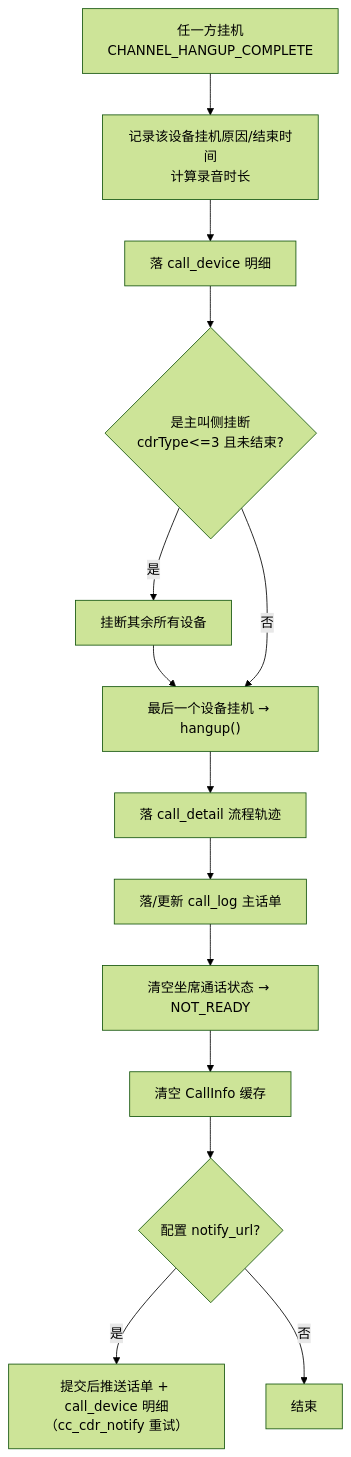
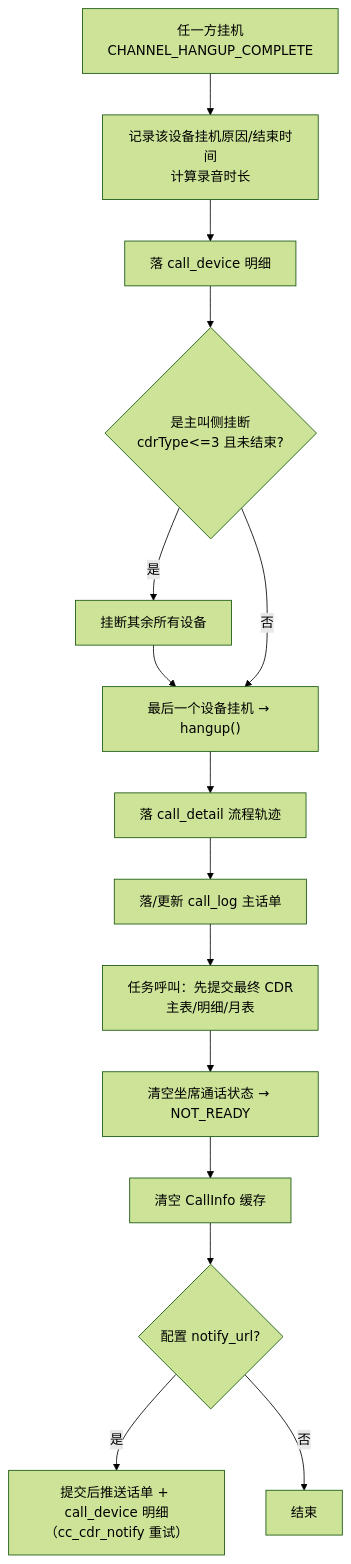
Before and after one commit to dongjb741280/ai-call-center: the eighth of 9 diagrams in docs/02-业务流程.md, drawn with Mermaid (forest theme). The commit also changed other lines of this file and 65 other files, not shown here.

````diff
--- a/docs/02-业务流程.md
+++ b/docs/02-业务流程.md
@@ -289,16 +289,17 @@
 ```mermaid
 flowchart TD
     A[任一方挂机<br/>CHANNEL_HANGUP_COMPLETE] --> B["记录该设备挂机原因/结束时间<br/>计算录音时长"]
     B --> C["落 call_device 明细"]
     C --> D{"是主叫侧挂断<br/>cdrType<=3 且未结束?"}
     D -- 是 --> E["挂断其余所有设备"]
     E --> F["最后一个设备挂机 → hangup()"]
     D -- 否 --> F
     F --> G["落 call_detail 流程轨迹"]
     G --> H["落/更新 call_log 主话单"]
-    H --> I["清空坐席通话状态 → NOT_READY"]
-    I --> J["清空 CallInfo 缓存"]
-    J --> K{"配置 notify_url?"}
-    K -- 是 --> L["提交后推送话单 + call_device 明细<br/>（cc_cdr_notify 重试）"]
-    K -- 否 --> M[结束]
+    H --> I["任务呼叫：先提交最终 CDR<br/>主表/明细/月表"]
+    I --> J["清空坐席通话状态 → NOT_READY"]
+    J --> K["清空 CallInfo 缓存"]
+    K --> L{"配置 notify_url?"}
+    L -- 是 --> M["提交后推送话单 + call_device 明细<br/>（cc_cdr_notify 重试）"]
+    L -- 否 --> N[结束]
 ```
````
